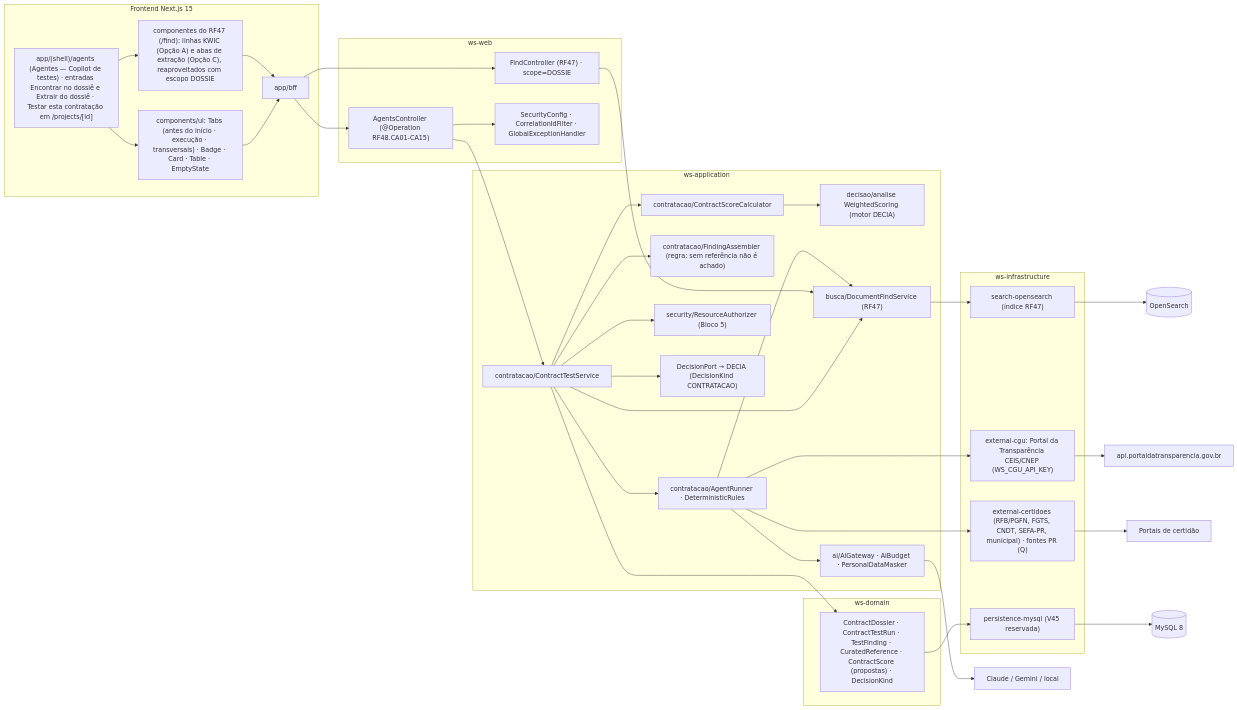
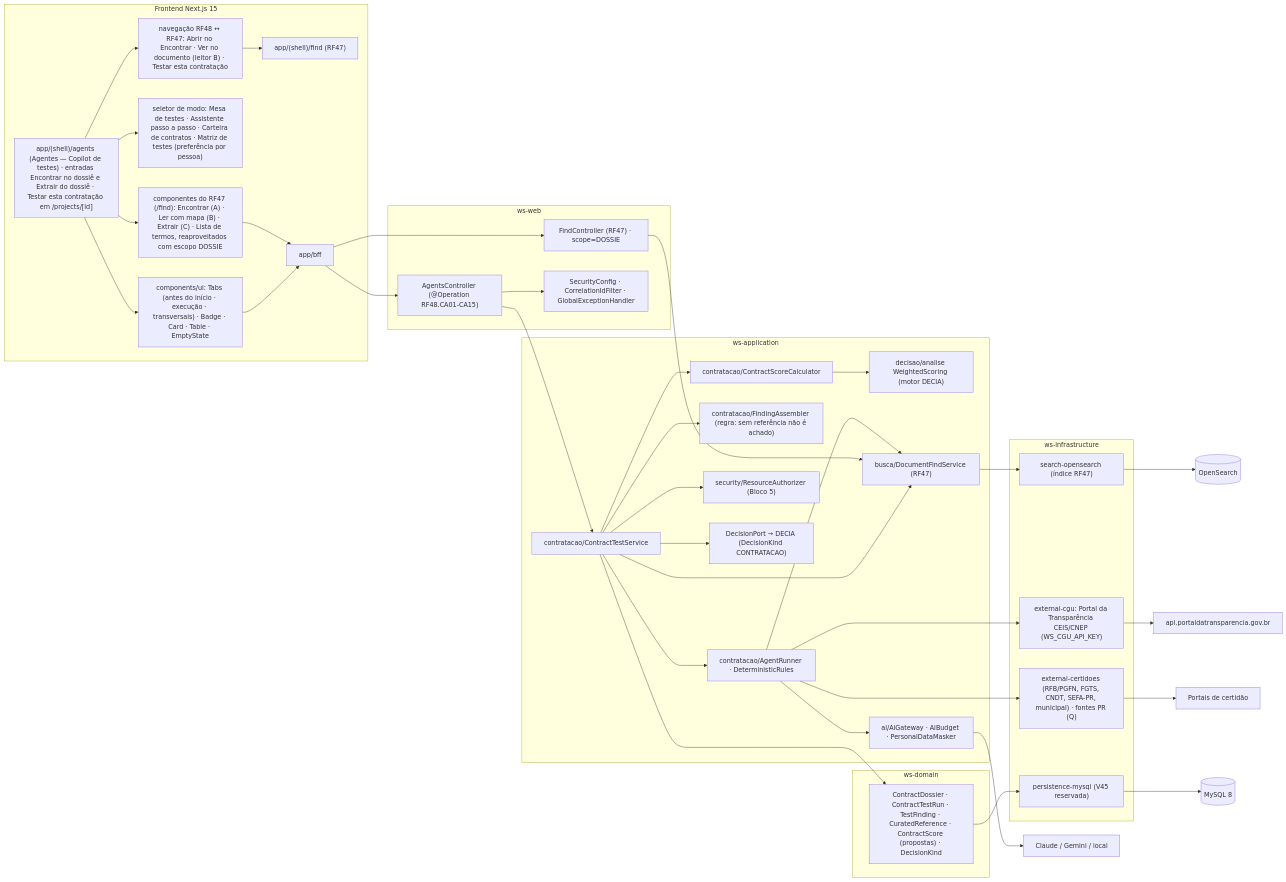
One commit to MatheusHaliski/Decia-app-2026 changed the fifth of 5 diagrams in docs/diagramas/RF48/README.md. Above: the diagram before and after it, drawn with Mermaid. The commit also changed other lines of this file and 4 other files, not shown here.

First line of the commit message:
docs(rf48): CAs dos comentários do dono (RF47.CA14, RF48.CA16–CA19) — leitor com mapa, abas do dossiê, modos e navegação

````diff
--- a/docs/diagramas/RF48/README.md
+++ b/docs/diagramas/RF48/README.md
@@ -489,50 +517,54 @@
 ```mermaid
 flowchart LR
   subgraph FRONT["Frontend Next.js 15"]
     R1["app/(shell)/agents (Agentes — Copilot de testes) · entradas Encontrar no dossiê e Extrair do dossiê · Testar esta contratação em /projects/[id]"]
-    R4["componentes do RF47 (/find): linhas KWIC (Opção A) e abas de extração (Opção C), reaproveitados com escopo DOSSIE"]
+    R4["componentes do RF47 (/find): Encontrar (A) · Ler com mapa (B) · Extrair (C) · Lista de termos, reaproveitados com escopo DOSSIE"]
+    R5["seletor de modo: Mesa de testes · Assistente passo a passo · Carteira de contratos · Matriz de testes (preferência por pessoa)"]
+    R6["navegação RF48 ↔ RF47: Abrir no Encontrar · Ver no documento (leitor B) · Testar esta contratação"]
+    R1 --> R5
+    R1 --> R6 --> R7["app/(shell)/find (RF47)"]
     R1 --> R4 --> BFF
     R2["components/ui: Tabs (antes do início · execução · transversais) · Badge · Card · Table · EmptyState"]
     BFF["app/bff"]
     R1 --> R2 --> BFF
   end
   subgraph WEB["ws-web"]
     AC["AgentsController (@Operation RF48.CA01-CA15)"]
     FC["FindController (RF47) · scope=DOSSIE"]
     SEC["SecurityConfig · CorrelationIdFilter · GlobalExceptionHandler"]
   end
   subgraph APPL["ws-application"]
     CTS["contratacao/ContractTestService"]
     AR["contratacao/AgentRunner · DeterministicRules"]
     FA["contratacao/FindingAssembler (regra: sem referência não é achado)"]
     CSC["contratacao/ContractScoreCalculator"]
     WS["decisao/analise WeightedScoring (motor DECIA)"]
     DFS["busca/DocumentFindService (RF47)"]
     RA["security/ResourceAuthorizer (Bloco 5)"]
     AIG["ai/AiGateway · AiBudget · PersonalDataMasker"]
     DEC["DecisionPort → DECIA (DecisionKind CONTRATACAO)"]
   end
   subgraph DOM["ws-domain"]
     ENT["ContractDossier · ContractTestRun · TestFinding · CuratedReference · ContractScore (propostas) · DecisionKind"]
   end
   subgraph INFRA["ws-infrastructure"]
     CGU["external-cgu: Portal da Transparência CEIS/CNEP (WS_CGU_API_KEY)"]
     CERT["external-certidoes (RFB/PGFN, FGTS, CNDT, SEFA-PR, municipal) · fontes PR (Q)"]
     MY["persistence-mysql (V45 reservada)"]
     OSA["search-opensearch (índice RF47)"]
   end
   BFF --> AC --> SEC
   AC --> CTS
   CTS --> AR
   CTS --> FA
   CTS --> CSC --> WS
   CTS --> RA
   CTS --> DEC
   AR --> DFS --> OSA --> OPENS[("OpenSearch")]
   BFF --> FC --> DFS
   CTS --> DFS
   AR --> AIG --> AI["Claude / Gemini / local"]
   AR --> CGU --> PT["api.portaldatransparencia.gov.br"]
   AR --> CERT --> GOV["Portais de certidão"]
   CTS --> ENT --> MY --> MYSQL[("MySQL 8")]
 ```
````
